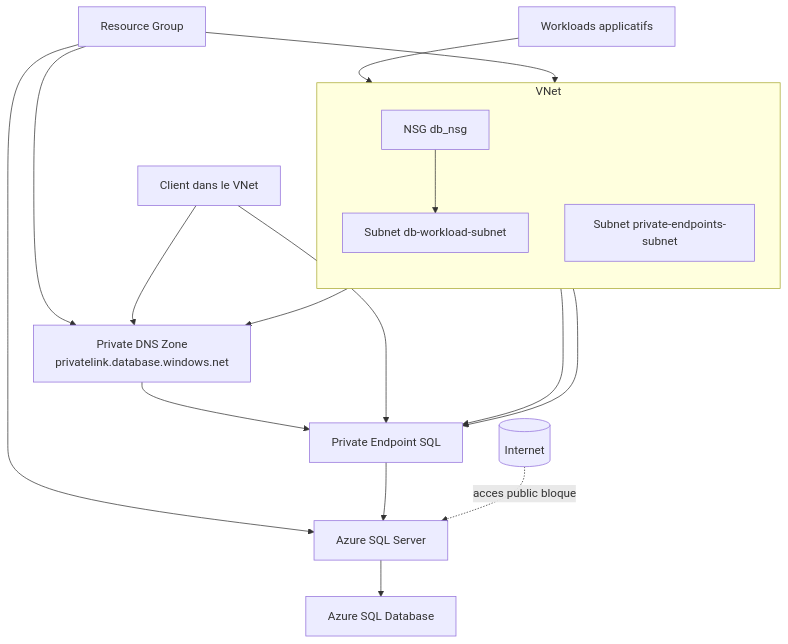
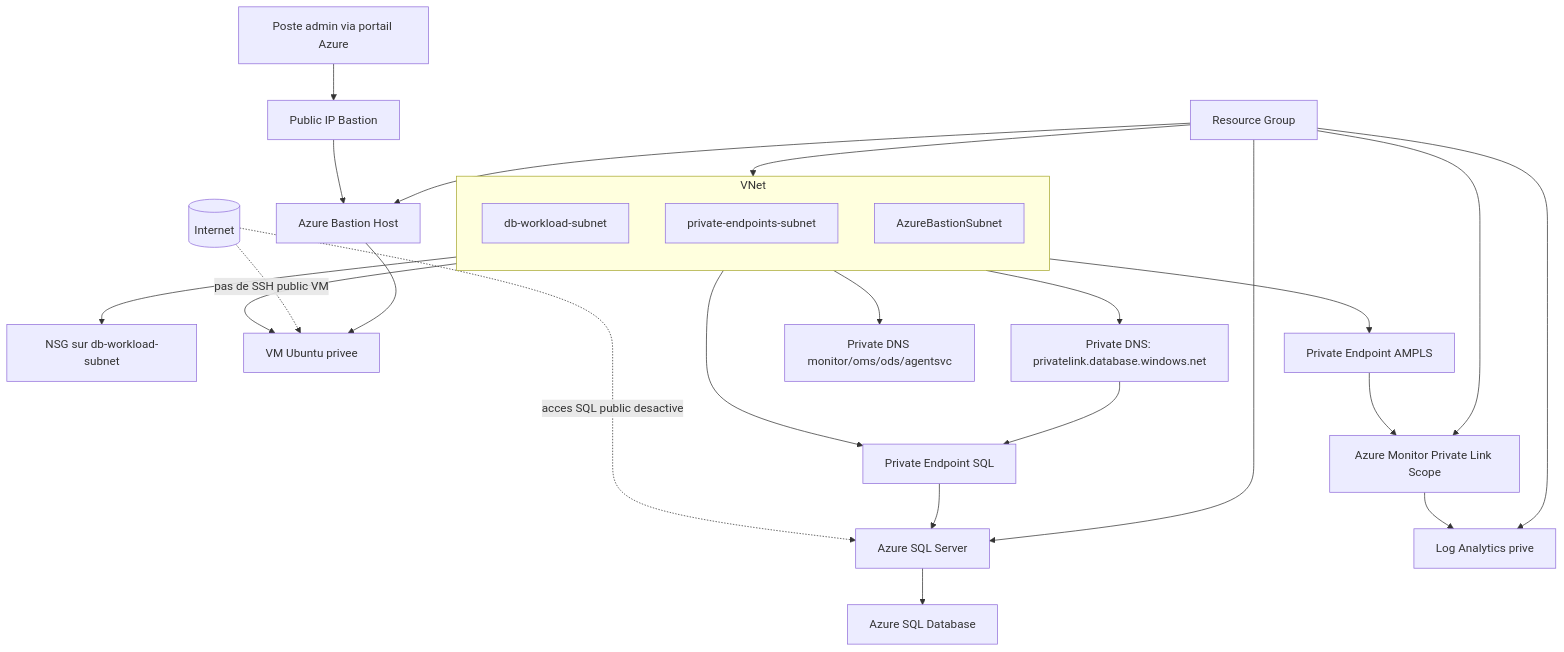
The diagram in Exercices/Terraform/Ex2/README.md (texofr/YnovCloudSecurityModule2026), drawn with Mermaid before and after one commit. The commit also changed other lines of this file and 1 other file, not shown here.

````diff
--- a/Exercices/Terraform/Ex2/README.md
+++ b/Exercices/Terraform/Ex2/README.md
@@ -77,36 +52,54 @@
 ```mermaid
 flowchart TB
-	RG[Resource Group]
+  RG[Resource Group]
 
-	subgraph VNET[VNet]
-		direction TB
-		DBS[Subnet db-workload-subnet]
-		PES[Subnet private-endpoints-subnet]
-		NSG[NSG db_nsg]
-	end
+  subgraph VNET[VNet]
+    direction TB
+    DBS[db-workload-subnet]
+    PES[private-endpoints-subnet]
+    BAS[AzureBastionSubnet]
+  end
 
-	APP[Workloads applicatifs]
-	SQLS[Azure SQL Server]
-	SQLDB[Azure SQL Database]
-	PE[Private Endpoint SQL]
-	DNS[Private DNS Zone\nprivatelink.database.windows.net]
-	CLIENT[Client dans le VNet]
+  NSG[NSG sur db-workload-subnet]
+  VM[VM Ubuntu privee]
+  SQLS[Azure SQL Server]
+  SQLDB[Azure SQL Database]
+  PE_SQL[Private Endpoint SQL]
+  DNS_SQL[Private DNS: privatelink.database.windows.net]
 
-	RG --> VNET
-	RG --> SQLS
-	RG --> DNS
+  BASTION[Azure Bastion Host]
+  BASTION_PIP[Public IP Bastion]
+  ADMIN[Poste admin via portail Azure]
 
-	NSG --> DBS
-	APP --> DBS
-	DBS --> PE
-	PES --> PE
-	PE --> SQLS
-	SQLS --> SQLDB
+  LAW[Log Analytics prive]
+  AMPLS[Azure Monitor Private Link Scope]
+  PE_AMPLS[Private Endpoint AMPLS]
+  DNS_MON[Private DNS monitor/oms/ods/agentsvc]
 
-	VNET --> DNS
-	CLIENT --> DNS
-	DNS --> PE
-	CLIENT --> PE
+  RG --> VNET
+  RG --> SQLS
+  RG --> LAW
+  RG --> AMPLS
+  RG --> BASTION
 
-	INTERNET[(Internet)] -. acces public bloque .-> SQLS
+  DBS --> NSG
+  PES --> VM
+  PES --> PE_SQL
+  PES --> PE_AMPLS
+
+  SQLS --> SQLDB
+  PE_SQL --> SQLS
+  DNS_SQL --> PE_SQL
+  VNET --> DNS_SQL
+
+  AMPLS --> LAW
+  PE_AMPLS --> AMPLS
+  VNET --> DNS_MON
+
+  BASTION --> VM
+  BASTION_PIP --> BASTION
+  ADMIN --> BASTION_PIP
+
+  INTERNET[(Internet)] -. acces SQL public desactive .-> SQLS
+  INTERNET -. pas de SSH public VM .-> VM
 ```
````
